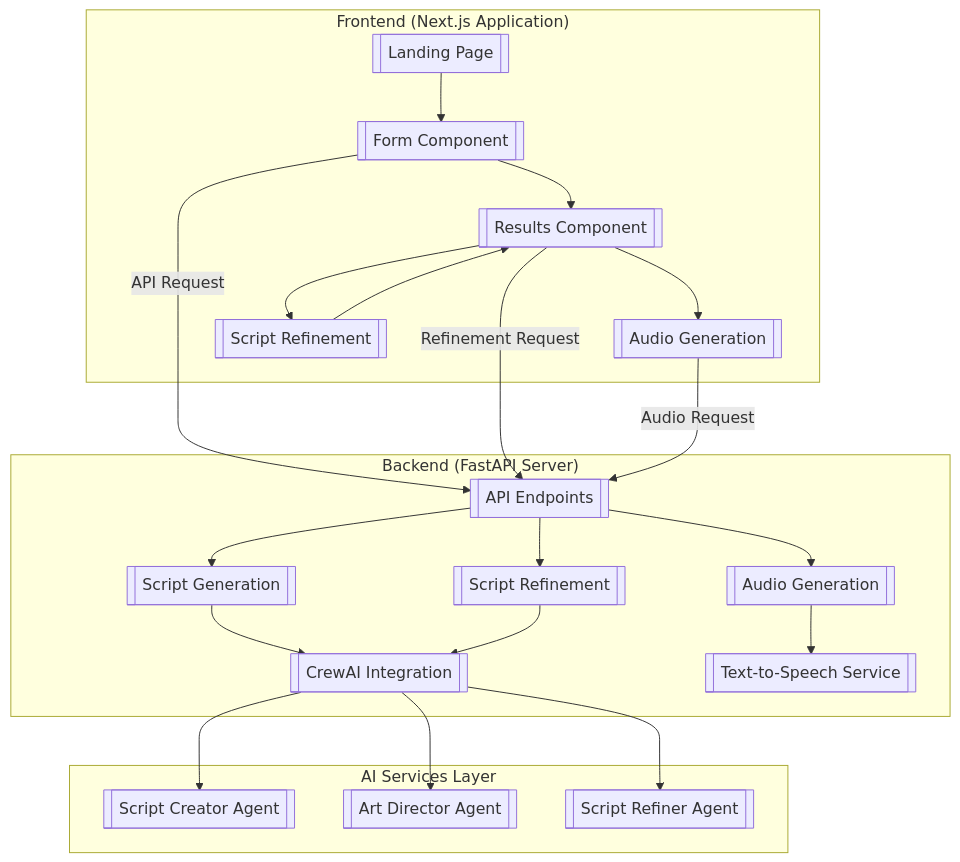
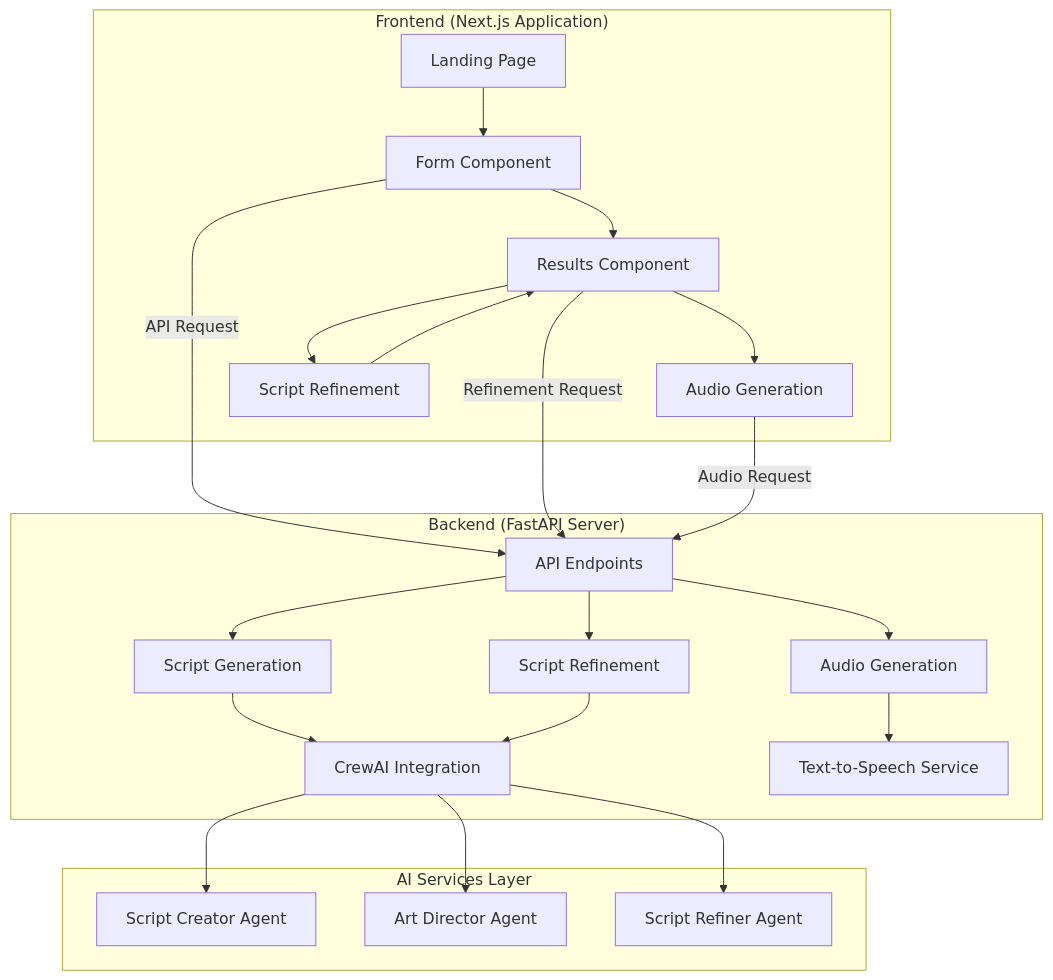
Before and after one commit to abhivir-42/marketing-app-ad-gen: the first of 7 diagrams in project-presentation.md, drawn with Mermaid. The commit also changed other lines of this file, not shown here.

Commit message:
Feat: Add more detailed diagrams in presentation

````diff
--- a/project-presentation.md
+++ b/project-presentation.md
@@ -53,29 +53,29 @@
 ```mermaid
 graph TB
     subgraph "Frontend (Next.js Application)"
-        A[["Landing Page"]] --> B[["Form Component"]]
-        B --> C[["Results Component"]]
-        C --> D[["Audio Generation"]]
-        C --> E[["Script Refinement"]]
+        A["Landing Page"] --> B["Form Component"]
+        B --> C["Results Component"]
+        C --> D["Audio Generation"]
+        C --> E["Script Refinement"]
         E --> C
     end
     
     subgraph "Backend (FastAPI Server)"
-        F[["API Endpoints"]] --> G[["Script Generation"]]
-        F --> H[["Script Refinement"]]
-        F --> I[["Audio Generation"]]
-        G --> J[["CrewAI Integration"]]
+        F["API Endpoints"] --> G["Script Generation"]
+        F --> H["Script Refinement"]
+        F --> I["Audio Generation"]
+        G --> J["CrewAI Integration"]
         H --> J
-        I --> K[["Text-to-Speech Service"]]
+        I --> K["Text-to-Speech Service"]
     end
     
     subgraph "AI Services Layer"
-        J --> L[["Script Creator Agent"]]
-        J --> M[["Art Director Agent"]]
-        J --> N[["Script Refiner Agent"]]
+        J --> L["Script Creator Agent"]
+        J --> M["Art Director Agent"]
+        J --> N["Script Refiner Agent"]
     end
     
     B -->|"API Request"| F
     C -->|"Refinement Request"| F
     D -->|"Audio Request"| F
 ```
````
